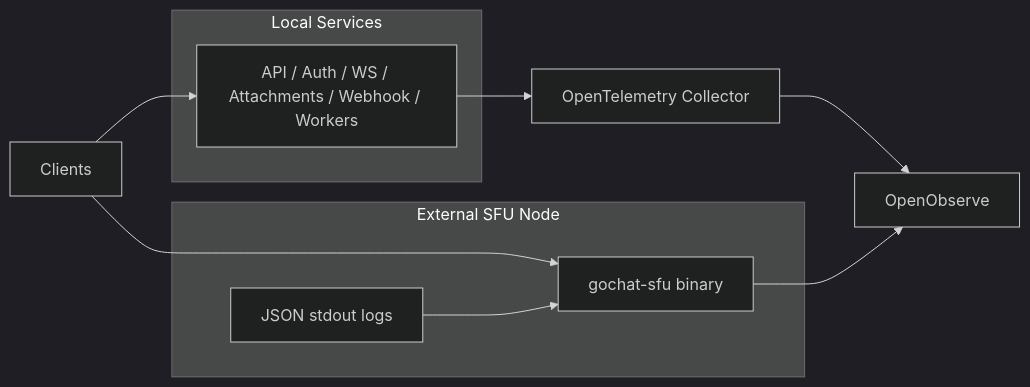
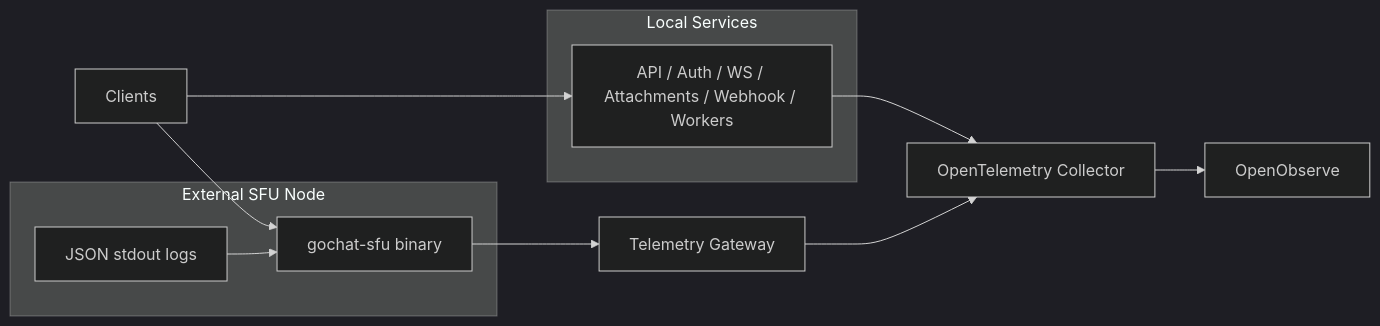
Before and after one commit to FlameInTheDark/gochat: the diagram in docs/project/observability/Architecture.md, drawn with Mermaid (dark theme). The commit also changed other lines of this file and 39 other files, not shown here.

Commit message:
fix: SFU flow optimization

````diff
--- a/docs/project/observability/Architecture.md
+++ b/docs/project/observability/Architecture.md
@@ -12,21 +12,23 @@
 ```mermaid
 flowchart LR
     clients["Clients"]
     subgraph local["Local Services"]
         api["API / Auth / WS / Attachments / Webhook / Workers"]
     end
+    gateway["Telemetry Gateway"]
     collector["OpenTelemetry Collector"]
     oo["OpenObserve"]
     subgraph sfu["External SFU Node"]
         sfuapp["gochat-sfu binary"]
         stdout["JSON stdout logs"]
     end
 
     clients --> api
     api --> collector
     collector --> oo
 
     clients --> sfuapp
-    sfuapp --> oo
+    sfuapp --> gateway
+    gateway --> collector
     stdout --> sfuapp
 ```
````
